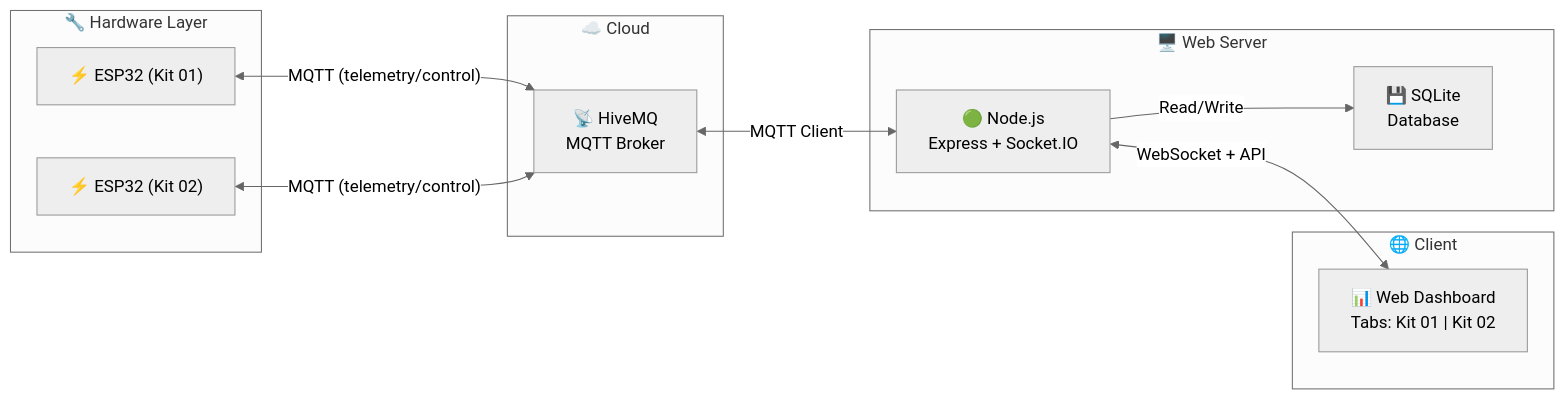
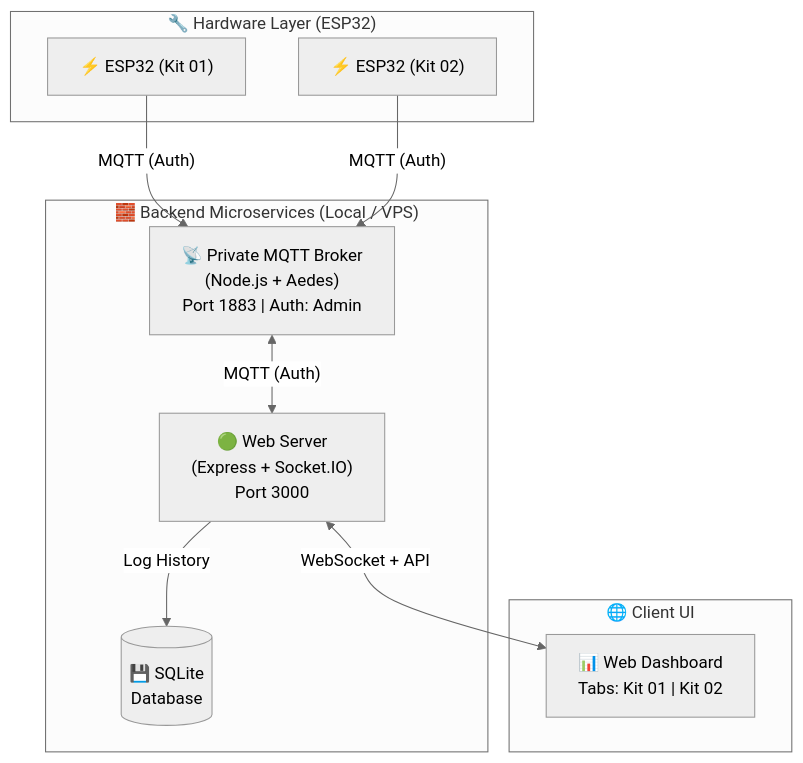
The diagram in README.md (NhMinh-2610/ESP32-Fire-Alarm-System), drawn with Mermaid (neutral theme) before and after one commit. The commit also changed other lines of this file and 2 other files, not shown here.

Commit message:
feat(esp32): add mqtt authentication and rewrite microservices docs

````diff
--- a/README.md
+++ b/README.md
@@ -71,26 +63,23 @@
 ```mermaid
-graph LR
-    subgraph "🔧 Hardware Layer"
+graph TD
+    subgraph "🔧 Hardware Layer (ESP32)"
         ESP1["⚡ ESP32 (Kit 01)"]
         ESP2["⚡ ESP32 (Kit 02)"]
     end
 
-    subgraph "☁️ Cloud"
-        MQTT["📡 HiveMQ<br/>MQTT Broker"]
+    subgraph "🧱 Backend Microservices (Local / VPS)"
+        BROKER["📡 Private MQTT Broker<br/>(Node.js + Aedes)<br/>Port 1883 | Auth: Admin"]
+        NODE["🟢 Web Server<br/>(Express + Socket.IO)<br/>Port 3000"]
+        DB[("💾 SQLite<br/>Database")]
     end
 
-    subgraph "🖥️ Web Server"
-        NODE["🟢 Node.js<br/>Express + Socket.IO"]
-        DB["💾 SQLite<br/>Database"]
-    end
-
-    subgraph "🌐 Client"
+    subgraph "🌐 Client UI"
         DASH["📊 Web Dashboard<br/>Tabs: Kit 01 | Kit 02"]
     end
 
-    ESP1 <-->|"MQTT (telemetry/control)"| MQTT
-    ESP2 <-->|"MQTT (telemetry/control)"| MQTT
-    MQTT <-->|"MQTT Client"| NODE
-    NODE -->|"Read/Write"| DB
+    ESP1 -- "MQTT (Auth)" --> BROKER
+    ESP2 -- "MQTT (Auth)" --> BROKER
+    BROKER <-->|"MQTT (Auth)"| NODE
+    NODE -->|"Log History"| DB
     NODE <-->|"WebSocket + API"| DASH
 ```
````
